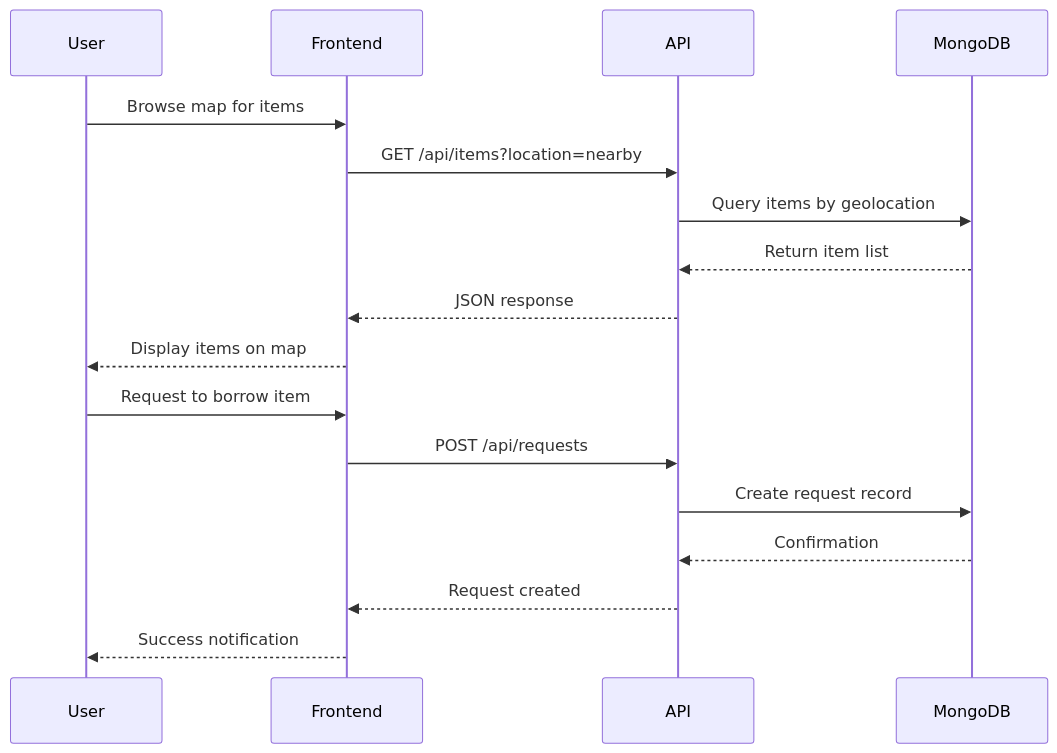
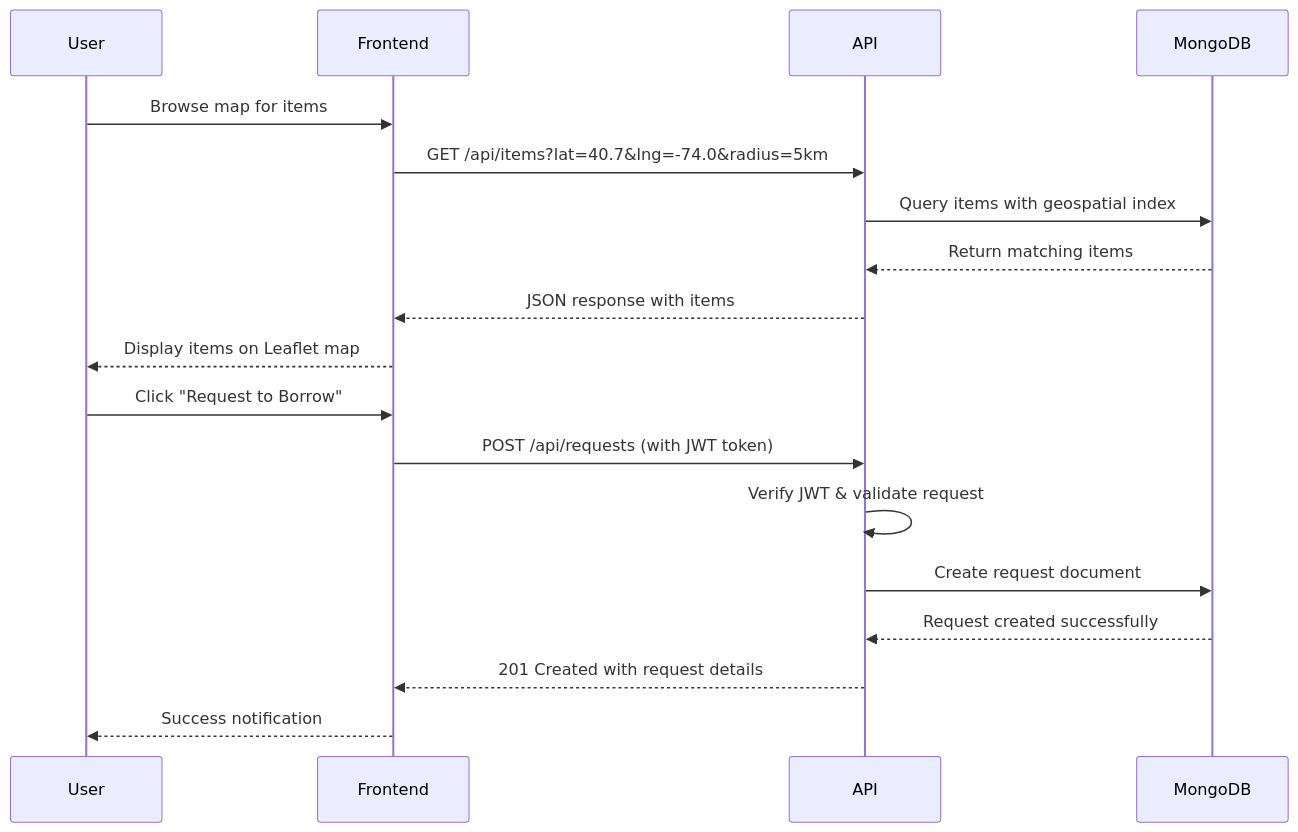
The second of 3 diagrams in README.md (Pritam-mb/Hackxios), drawn with Mermaid before and after one commit. The commit also changed other lines of this file, not shown here.

````diff
--- a/README.md
+++ b/README.md
@@ -279,21 +432,22 @@
 ```mermaid
 sequenceDiagram
     participant User
     participant Frontend
     participant API
     participant MongoDB
     
     User->>Frontend: Browse map for items
-    Frontend->>API: GET /api/items?location=nearby
-    API->>MongoDB: Query items by geolocation
-    MongoDB-->>API: Return item list
-    API-->>Frontend: JSON response
-    Frontend-->>User: Display items on map
+    Frontend->>API: GET /api/items?lat=40.7&lng=-74.0&radius=5km
+    API->>MongoDB: Query items with geospatial index
+    MongoDB-->>API: Return matching items
+    API-->>Frontend: JSON response with items
+    Frontend-->>User: Display items on Leaflet map
     
-    User->>Frontend: Request to borrow item
-    Frontend->>API: POST /api/requests
-    API->>MongoDB: Create request record
-    MongoDB-->>API: Confirmation
-    API-->>Frontend: Request created
+    User->>Frontend: Click "Request to Borrow"
+    Frontend->>API: POST /api/requests (with JWT token)
+    API->>API: Verify JWT & validate request
+    API->>MongoDB: Create request document
+    MongoDB-->>API: Request created successfully
+    API-->>Frontend: 201 Created with request details
     Frontend-->>User: Success notification
 ```
````
